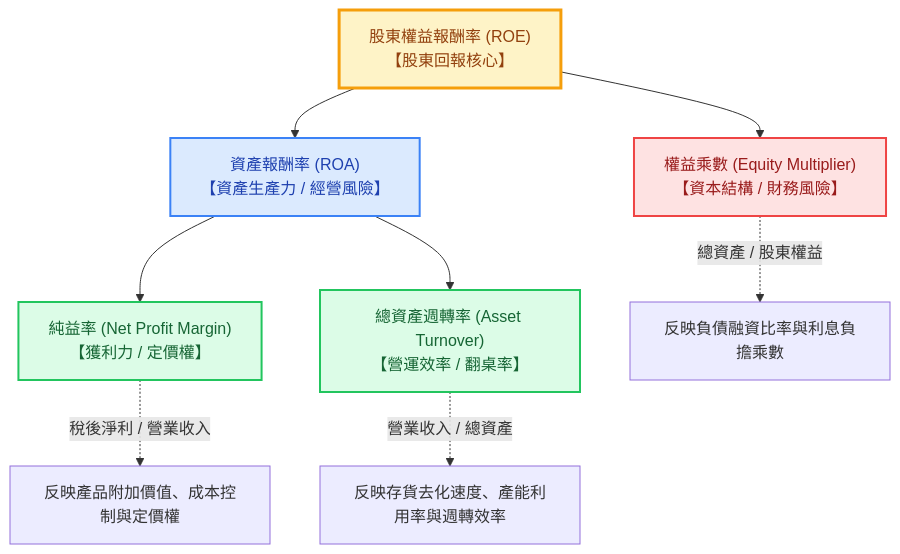
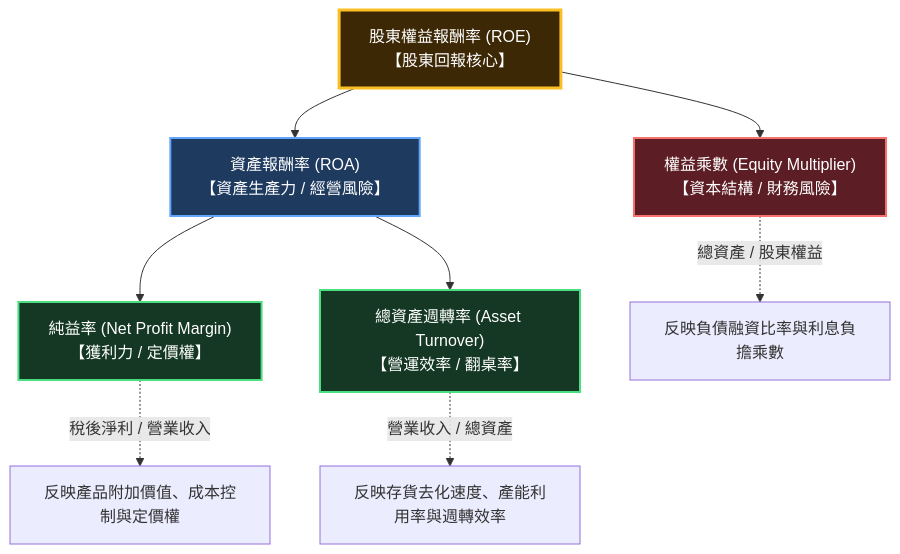
Before and after one commit to Jimlin0428/my-digital-garden: the first of 2 diagrams in src/site/notes/98_商業概念庫/dupont-analysis_杜邦分析法.md, drawn with Mermaid. The commit also changed other lines of this file and 58 other files, not shown here.

````diff
--- a/src/site/notes/98_商業概念庫/dupont-analysis_杜邦分析法.md
+++ b/src/site/notes/98_商業概念庫/dupont-analysis_杜邦分析法.md
@@ -18,23 +18,23 @@
 ```mermaid
 flowchart TD
     ROE["股東權益報酬率 (ROE)<br>【股東回報核心】"]
     ROA["資產報酬率 (ROA)<br>【資產生產力 / 經營風險】"]
     EM["權益乘數 (Equity Multiplier)<br>【資本結構 / 財務風險】"]
     NPM["純益率 (Net Profit Margin)<br>【獲利力 / 定價權】"]
     TATO["總資產週轉率 (Asset Turnover)<br>【營運效率 / 翻桌率】"]
 
     ROE --> ROA
     ROE --> EM
     ROA --> NPM
     ROA --> TATO
 
     NPM -.->|"稅後淨利 / 營業收入"| NPM_Note["反映產品附加價值、成本控制與定價權"]
     TATO -.->|"營業收入 / 總資產"| TATO_Note["反映存貨去化速度、產能利用率與週轉效率"]
     EM -.->|"總資產 / 股東權益"| EM_Note["反映負債融資比率與利息負擔乘數"]
 
-    style ROE fill:#fef3c7,stroke:#f59e0b,stroke-width:3px,color:#92400e
-    style ROA fill:#dbeafe,stroke:#3b82f6,stroke-width:2px,color:#1e40af
-    style EM fill:#fee2e2,stroke:#ef4444,stroke-width:2px,color:#991b1b
-    style NPM fill:#dcfce7,stroke:#22c55e,stroke-width:2px,color:#166534
-    style TATO fill:#dcfce7,stroke:#22c55e,stroke-width:2px,color:#166534
+    style ROE fill:#3d2806,stroke:#fbbf24,stroke-width:3px,color:#ffffff
+    style ROA fill:#1e3a5f,stroke:#60a5fa,stroke-width:2px,color:#ffffff
+    style EM fill:#5c1d24,stroke:#f87171,stroke-width:2px,color:#ffffff
+    style NPM fill:#143823,stroke:#4ade80,stroke-width:2px,color:#ffffff
+    style TATO fill:#143823,stroke:#4ade80,stroke-width:2px,color:#ffffff
 ```
````
